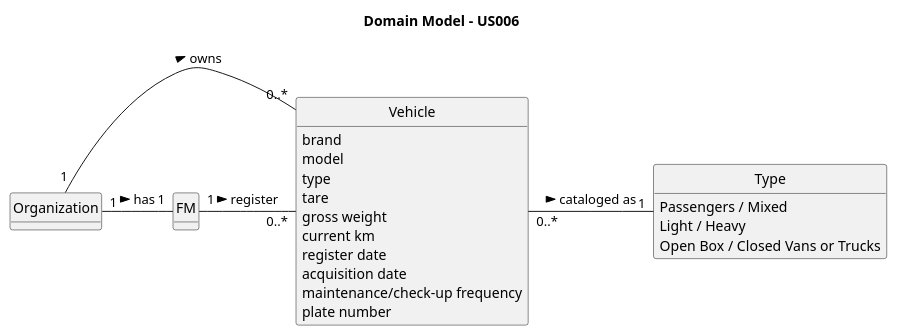
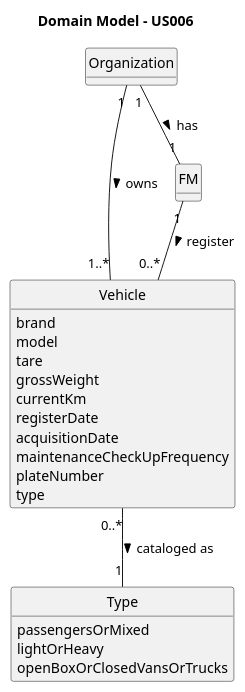
One commit to daniel41silva05/ISEP_2023_2024_LAPR2 changed the diagram in docs/sprintA/us006/02.analysis/puml/us006-domain-model.puml. Above: the diagram before and after it, drawn with PlantUML. The commit also changed 7 other files, not shown here.

```diff
--- a/docs/sprintA/us006/02.analysis/puml/us006-domain-model.puml
+++ b/docs/sprintA/us006/02.analysis/puml/us006-domain-model.puml
@@ -1,43 +1,43 @@
 @startuml
 skinparam monochrome true
 skinparam packageStyle rectangle
 skinparam shadowing false
 
 skinparam classAttributeIconSize 0
 
 hide circle
 hide methods
 
 title Domain Model - US006
 
 class Organization {
 }
 
 class Vehicle {
     brand
     model
+    tare
+    grossWeight
+    currentKm
+    registerDate
+    acquisitionDate
+    maintenanceCheckUpFrequency
+    plateNumber
     type
-    tare
-    gross weight
-    current km
-    register date
-    acquisition date
-    maintenance/check-up frequency
-    plate number
 }
 
 class FM {
 }
 
 class Type {
-    Passengers / Mixed
-    Light / Heavy
-    Open Box / Closed Vans or Trucks
+    passengersOrMixed
+    lightOrHeavy
+    openBoxOrClosedVansOrTrucks
 }
 
-Organization "1" - "1" FM : has >
-Organization "1" - "0..*" Vehicle : owns >
-FM "1" - "0..*" Vehicle : register >
-Vehicle "0..*" - "1" Type : cataloged as >
+Organization "1" -- "1" FM : has >
+Organization "1" -- "1..*" Vehicle : owns >
+FM "1" -- "0..*" Vehicle : register >
+Vehicle "0..*" -- "1" Type : cataloged as >
 
 @enduml
```
